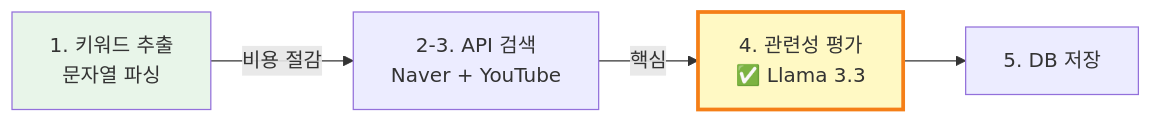
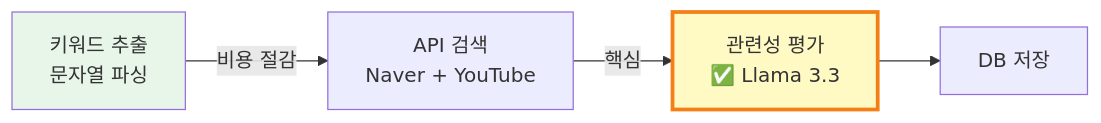
The ninth of 13 diagrams in docs/BODAM_SYSTEM_OVERVIEW.md (dlehdgml5328/bodam), drawn with Mermaid before and after one commit. The commit also changed other lines of this file and 3 other files, not shown here.

````diff
--- a/docs/BODAM_SYSTEM_OVERVIEW.md
+++ b/docs/BODAM_SYSTEM_OVERVIEW.md
@@ -883,10 +883,10 @@
 ```mermaid
 graph LR
-    A[1. 키워드 추출<br/>문자열 파싱] -->|비용 절감| B[2-3. API 검색<br/>Naver + YouTube]
-    B -->|핵심| C[4. 관련성 평가<br/>✅ Llama 3.3]
-    C --> D[5. DB 저장]
+    A[키워드 추출<br/>문자열 파싱] -->|비용 절감| B[API 검색<br/>Naver + YouTube]
+    B -->|핵심| C[관련성 평가<br/>✅ Llama 3.3]
+    C --> D[DB 저장]
 
     style A fill:#e8f5e9
     style C fill:#fff9c4
     style C stroke:#f57f17,stroke-width:3px
 ```
````
